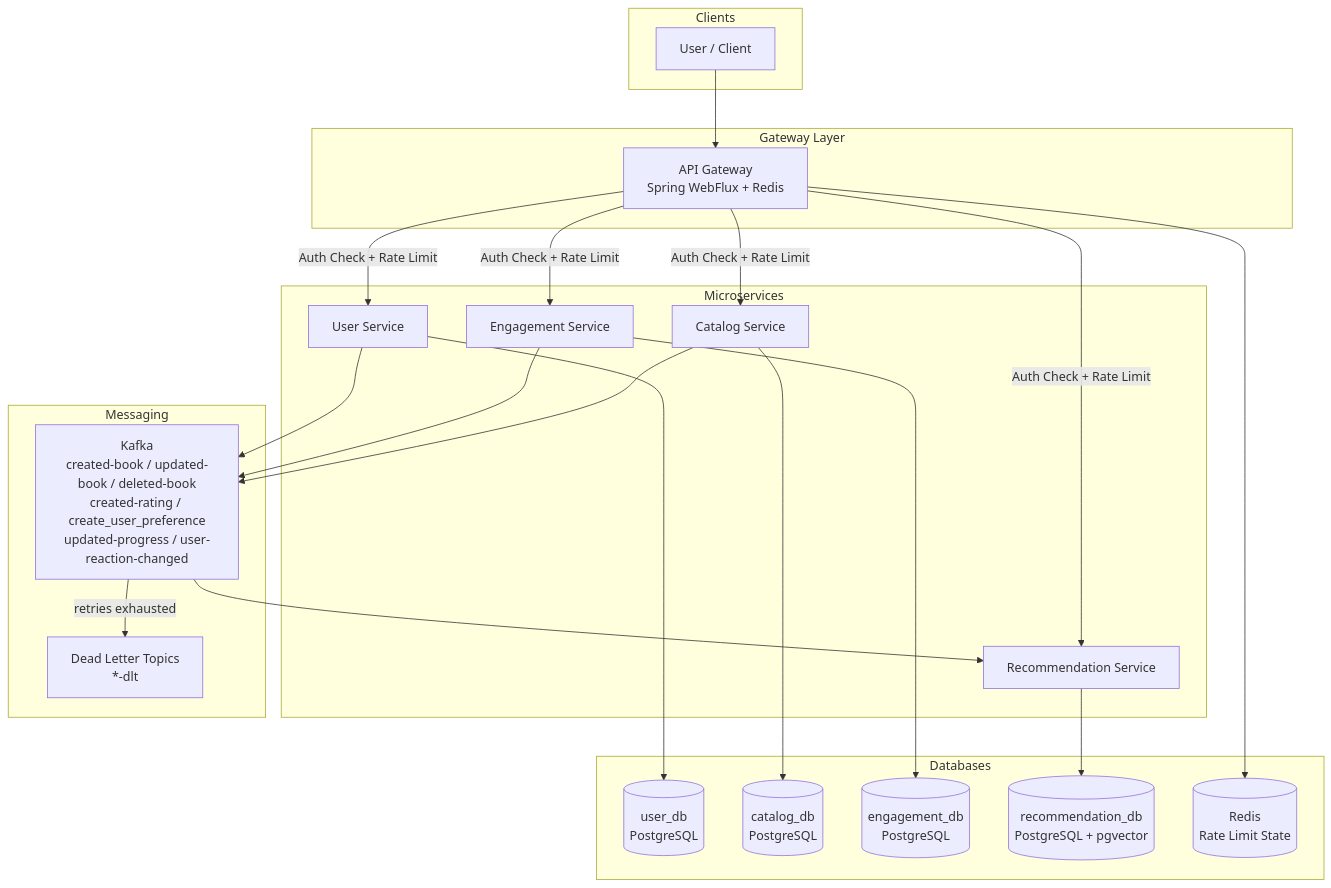
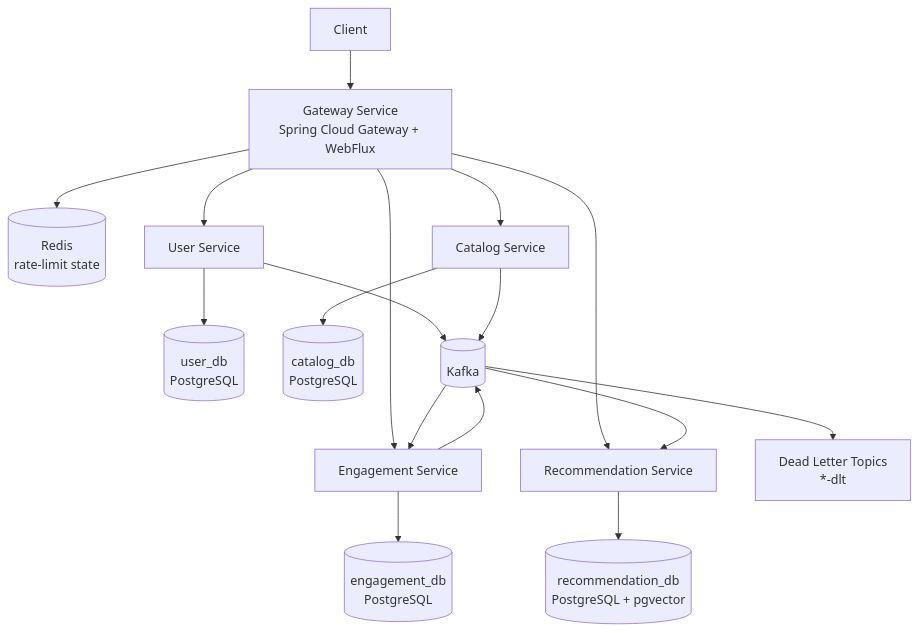
One commit to Luca5Eckert/VellumHub changed the first of 2 diagrams in README.md. Above: the diagram before and after it, drawn with Mermaid. The commit also changed other lines of this file, not shown here.

Commit message:
docs: update README to reflect project overview, architecture, and service details

````diff
--- a/README.md
+++ b/README.md
@@ -42,50 +60,23 @@
 ```mermaid
 graph TB
-    subgraph Clients
-      U[User / Client]
-    end
+    Client[Client] --> Gateway[Gateway Service\nSpring Cloud Gateway + WebFlux]
+    Gateway --> Redis[(Redis\nrate-limit state)]
 
-    subgraph Gateway Layer
-      GW[API Gateway\nSpring WebFlux + Redis]
-    end
+    Gateway --> User[User Service]
+    Gateway --> Catalog[Catalog Service]
+    Gateway --> Engagement[Engagement Service]
+    Gateway --> Recommendation[Recommendation Service]
 
-    subgraph Microservices
-      US[User Service]
-      CS[Catalog Service]
-      ES[Engagement Service]
-      RS[Recommendation Service]
-    end
+    User --> UserDb[(user_db\nPostgreSQL)]
+    Catalog --> CatalogDb[(catalog_db\nPostgreSQL)]
+    Engagement --> EngagementDb[(engagement_db\nPostgreSQL)]
+    Recommendation --> RecommendationDb[(recommendation_db\nPostgreSQL + pgvector)]
 
-    subgraph Messaging
-      K[Kafka\ncreated-book / updated-book / deleted-book\ncreated-rating / create_user_preference\nupdated-progress / user-reaction-changed]
-      DLT[Dead Letter Topics\n*-dlt]
-    end
+    User --> Kafka[(Kafka)]
+    Catalog --> Kafka
+    Engagement --> Kafka
 
-    subgraph Databases
-      UDB[(user_db\nPostgreSQL)]
-      CDB[(catalog_db\nPostgreSQL)]
-      EDB[(engagement_db\nPostgreSQL)]
-      RDB[(recommendation_db\nPostgreSQL + pgvector)]
-      REDIS[(Redis\nRate Limit State)]
-    end
-
-    U --> GW
-
-    GW -->|Auth Check + Rate Limit| US
-    GW -->|Auth Check + Rate Limit| CS
-    GW -->|Auth Check + Rate Limit| ES
-    GW -->|Auth Check + Rate Limit| RS
-
-    GW --> REDIS
-
-    US --> UDB
-    CS --> CDB
-    ES --> EDB
-    RS --> RDB
-
-    CS --> K
-    ES --> K
-    US --> K
-    K --> RS
-    K -->|retries exhausted| DLT
+    Kafka --> Engagement
+    Kafka --> Recommendation
+    Kafka --> Dlt[Dead Letter Topics\n*-dlt]
 ```
````
